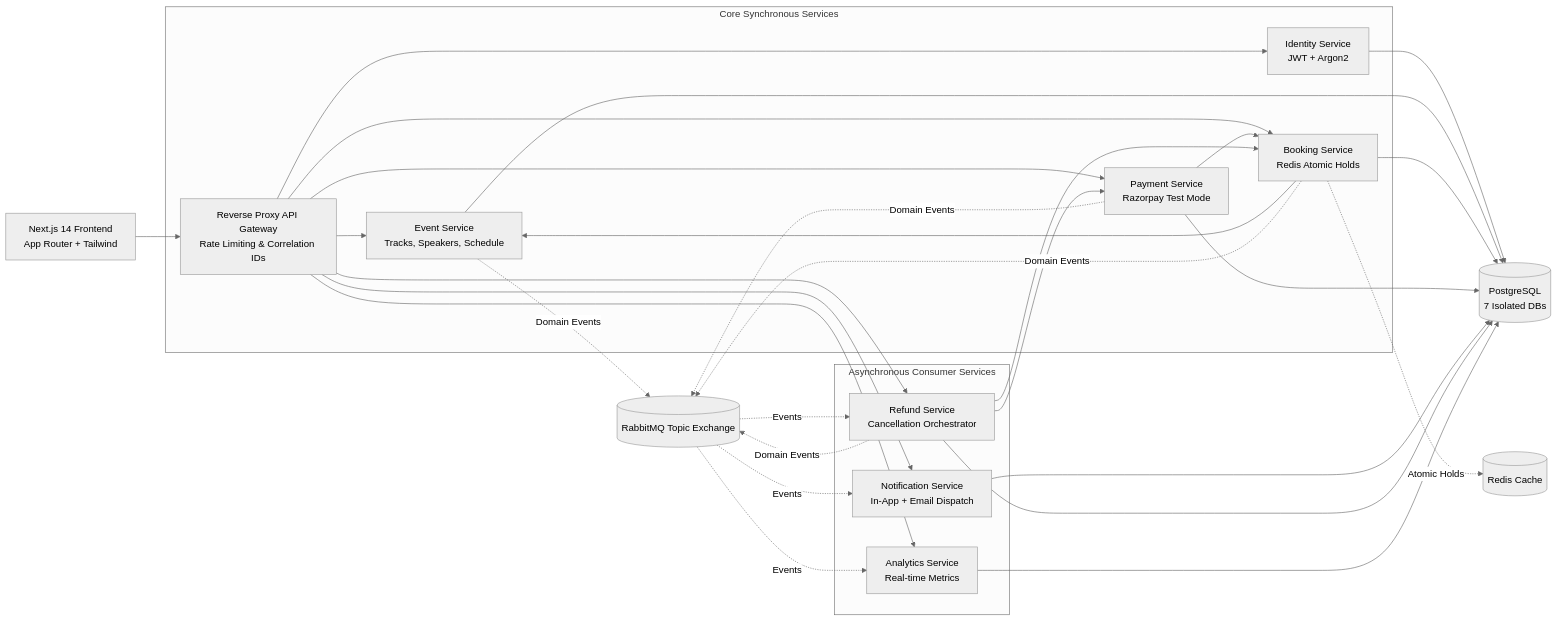
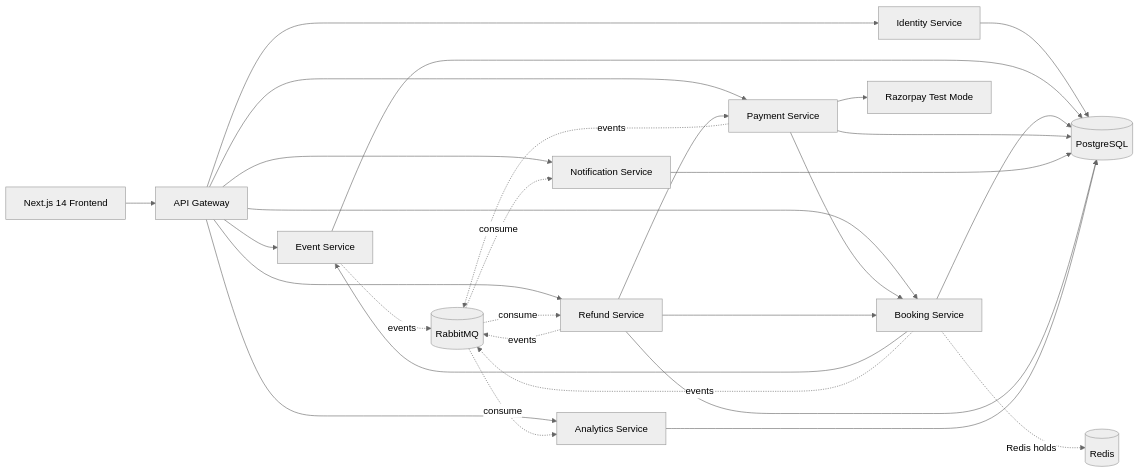
Before and after one commit to Sullu009/devsummit: the diagram in README.md, drawn with Mermaid (neutral theme). The commit also changed other lines of this file, not shown here.

Commit message:
docs: simplify README with clean professional overview and architecture

````diff
--- a/README.md
+++ b/README.md
@@ -42,40 +20,37 @@
 ```mermaid
 flowchart LR
-    FE[Next.js 14 Frontend\nApp Router + Tailwind] --> GW[Reverse Proxy API Gateway\nRate Limiting & Correlation IDs]
+    FE[Next.js 14 Frontend] --> GW[API Gateway]
 
-    subgraph Core Synchronous Services
-        GW --> ID[Identity Service\nJWT + Argon2]
-        GW --> EV[Event Service\nTracks, Speakers, Schedule]
-        GW --> BK[Booking Service\nRedis Atomic Holds]
-        GW --> PY[Payment Service\nRazorpay Test Mode]
-    end
-
-    subgraph Asynchronous Consumer Services
-        GW --> NO[Notification Service\nIn-App + Email Dispatch]
-        GW --> RF[Refund Service\nCancellation Orchestrator]
-        GW --> AN[Analytics Service\nReal-time Metrics]
-    end
+    GW --> ID[Identity Service]
+    GW --> EV[Event Service]
+    GW --> BK[Booking Service]
+    GW --> PY[Payment Service]
+    GW --> NO[Notification Service]
+    GW --> RF[Refund Service]
+    GW --> AN[Analytics Service]
 
     BK --> EV
     PY --> BK
     RF --> PY
     RF --> BK
 
-    BK -. Atomic Holds .-> REDIS[(Redis Cache)]
-    BK -. Domain Events .-> MQ[(RabbitMQ Topic Exchange)]
-    PY -. Domain Events .-> MQ
-    EV -. Domain Events .-> MQ
-    RF -. Domain Events .-> MQ
+    BK -. Redis holds .-> REDIS[(Redis)]
+    PY --> RZP[Razorpay Test Mode]
 
-    MQ -. Events .-> NO
-    MQ -. Events .-> AN
-    MQ -. Events .-> RF
-
-    ID --> PG[(PostgreSQL\n7 Isolated DBs)]
+    ID --> PG[(PostgreSQL)]
     EV --> PG
     BK --> PG
     PY --> PG
     NO --> PG
     RF --> PG
     AN --> PG
+
+    BK -. events .-> MQ[(RabbitMQ)]
+    PY -. events .-> MQ
+    EV -. events .-> MQ
+    RF -. events .-> MQ
+
+    MQ -. consume .-> NO
+    MQ -. consume .-> AN
+    MQ -. consume .-> RF
 ```
````
